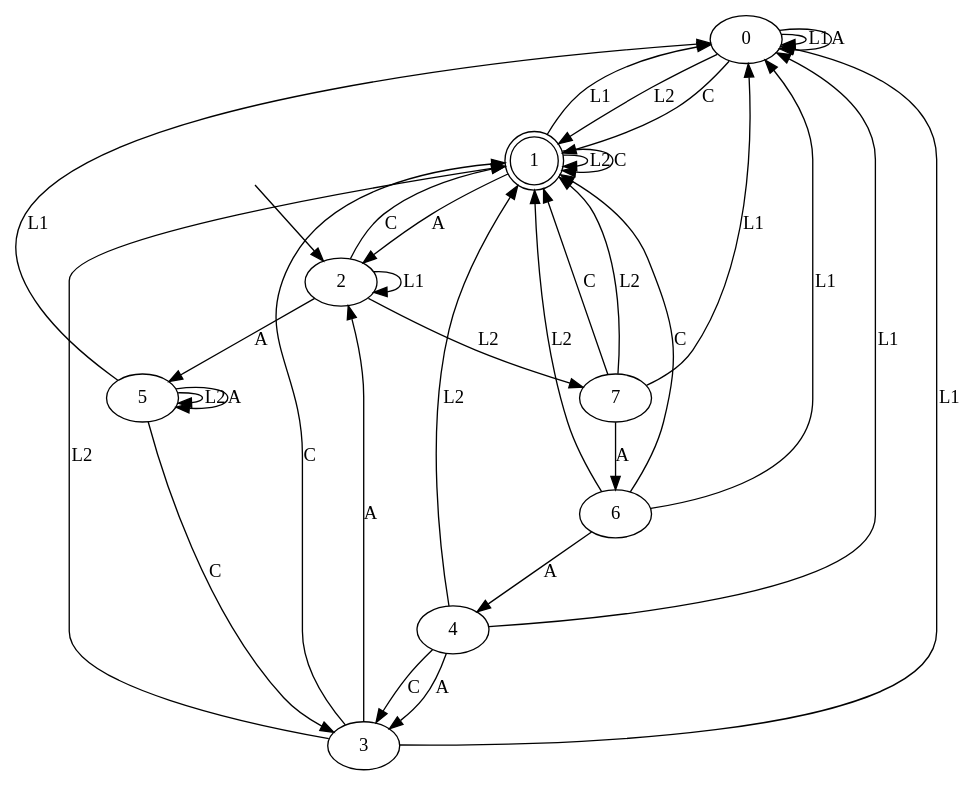
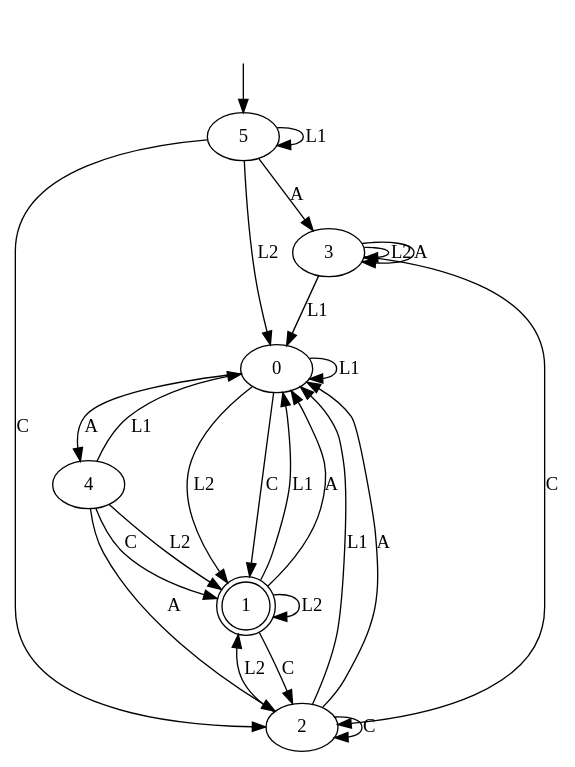
One commit to tomyaacov/lstar_dont_care changed the diagram in output/magento_result_a_0.7.dot. Above: the diagram before and after it, drawn with Graphviz. The commit also changed 64 other files, not shown here.

```diff
--- a/output/magento_result_a_0.7.dot
+++ b/output/magento_result_a_0.7.dot
@@ -1,44 +1,34 @@
 digraph "output/magento_result_a_0.7" {
 0 [label=0];
 1 [label=1, shape=doublecircle];
 2 [label=2];
 3 [label=3];
 4 [label=4];
 5 [label=5];
-6 [label=6];
-7 [label=7];
 0 -> 0  [label=L1];
 0 -> 1  [label=L2];
-0 -> 0  [label=A];
+0 -> 4  [label=A];
 0 -> 1  [label=C];
 1 -> 0  [label=L1];
 1 -> 1  [label=L2];
-1 -> 2  [label=A];
-1 -> 1  [label=C];
-2 -> 2  [label=L1];
-2 -> 7  [label=L2];
-2 -> 5  [label=A];
-2 -> 1  [label=C];
+1 -> 0  [label=A];
+1 -> 2  [label=C];
+2 -> 0  [label=L1];
+2 -> 1  [label=L2];
+2 -> 0  [label=A];
+2 -> 2  [label=C];
 3 -> 0  [label=L1];
-3 -> 1  [label=L2];
-3 -> 2  [label=A];
-3 -> 1  [label=C];
+3 -> 3  [label=L2];
+3 -> 3  [label=A];
+3 -> 2  [label=C];
 4 -> 0  [label=L1];
 4 -> 1  [label=L2];
-4 -> 3  [label=A];
-4 -> 3  [label=C];
-5 -> 0  [label=L1];
-5 -> 5  [label=L2];
-5 -> 5  [label=A];
-5 -> 3  [label=C];
-6 -> 0  [label=L1];
-6 -> 1  [label=L2];
-6 -> 4  [label=A];
-6 -> 1  [label=C];
-7 -> 0  [label=L1];
-7 -> 1  [label=L2];
-7 -> 6  [label=A];
-7 -> 1  [label=C];
+4 -> 2  [label=A];
+4 -> 1  [label=C];
+5 -> 5  [label=L1];
+5 -> 0  [label=L2];
+5 -> 3  [label=A];
+5 -> 2  [label=C];
 __start0 [label="", shape=none];
-__start0 -> 2  [label=""];
+__start0 -> 5  [label=""];
 }
```
